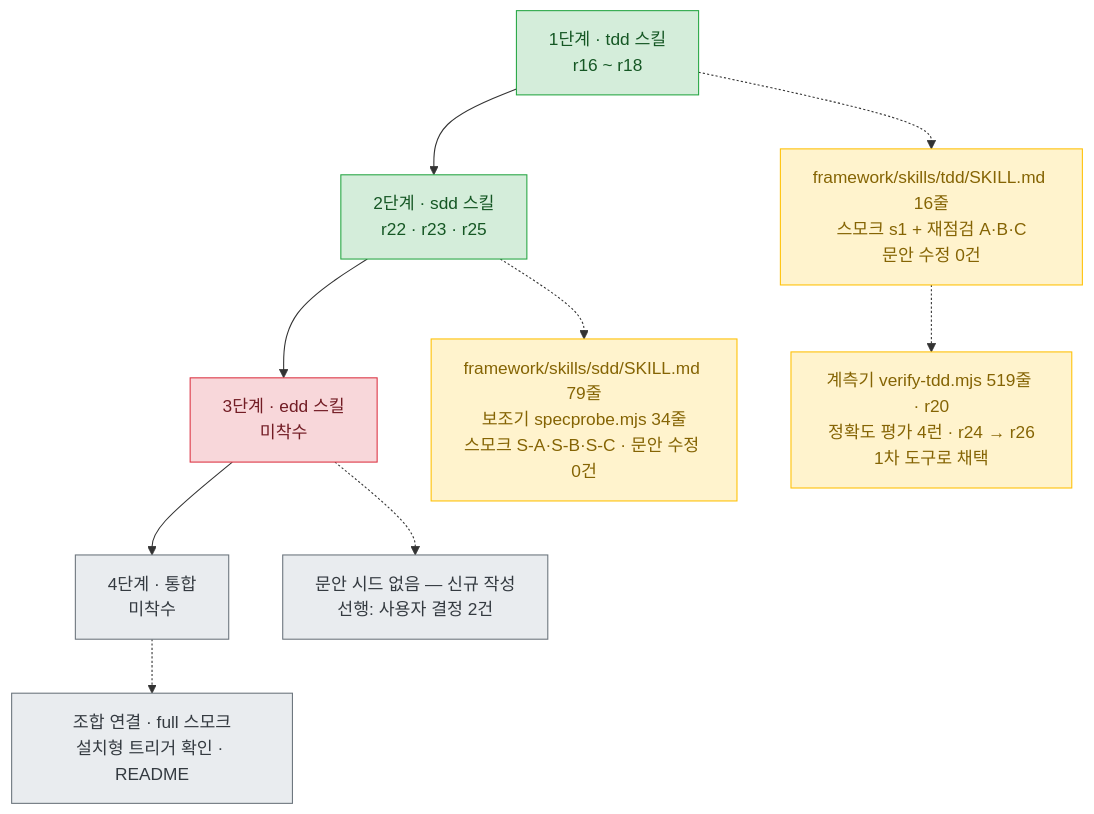
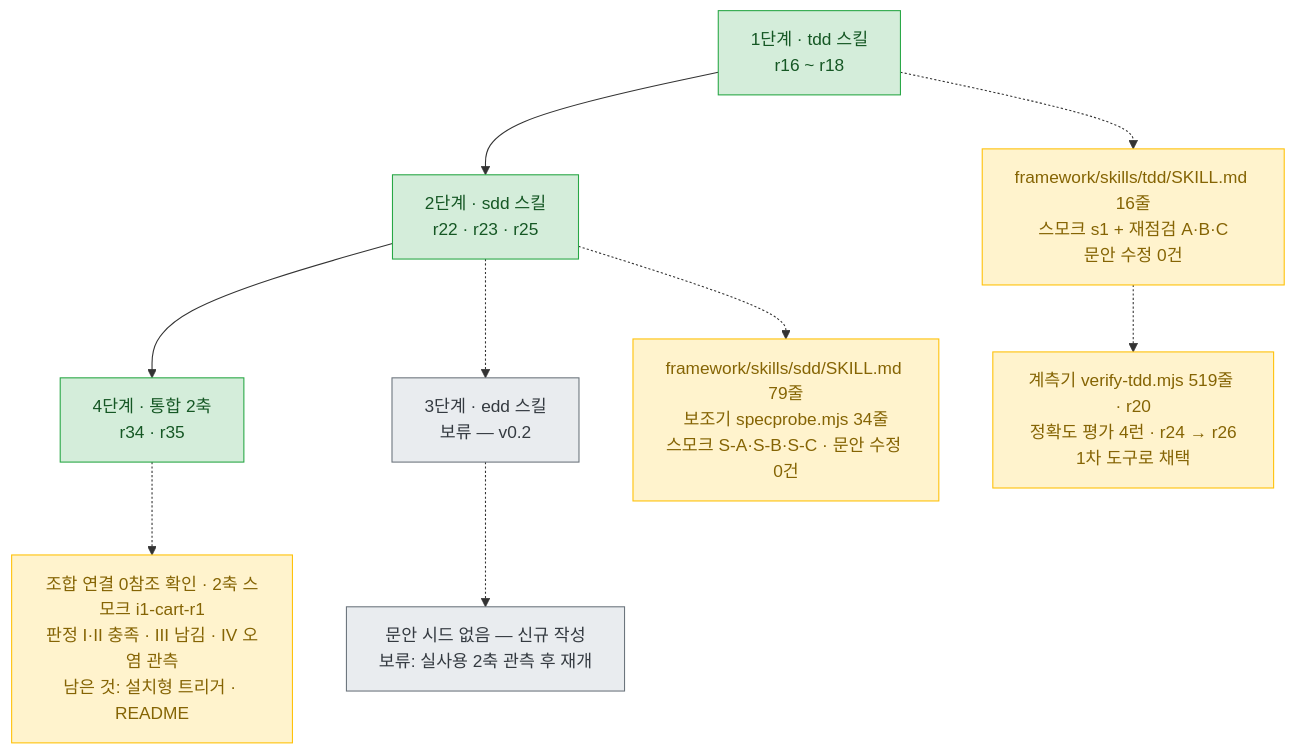
Before and after one commit to h102-log/vibe-coding-lab: the second of 4 diagrams in docs/STATUS.md, drawn with Mermaid. The commit also changed other lines of this file and 18 other files, not shown here.

````diff
--- a/docs/STATUS.md
+++ b/docs/STATUS.md
@@ -80,22 +80,21 @@
 ```mermaid
 flowchart TD
   A["1단계 · tdd 스킬<br/>r16 ~ r18"] --> B["2단계 · sdd 스킬<br/>r22 · r23 · r25"]
-  B --> C["3단계 · edd 스킬<br/>미착수"]
-  C --> D["4단계 · 통합<br/>미착수"]
+  B --> D["4단계 · 통합 2축<br/>r34 · r35"]
+  B -.-> C["3단계 · edd 스킬<br/>보류 — v0.2"]
 
   A -.-> A1["framework/skills/tdd/SKILL.md 16줄<br/>스모크 s1 + 재점검 A·B·C<br/>문안 수정 0건"]
   A1 -.-> A2["계측기 verify-tdd.mjs 519줄 · r20<br/>정확도 평가 4런 · r24 → r26<br/>1차 도구로 채택"]
   B -.-> B1["framework/skills/sdd/SKILL.md 79줄<br/>보조기 specprobe.mjs 34줄<br/>스모크 S-A·S-B·S-C · 문안 수정 0건"]
-  C -.-> C1["문안 시드 없음 — 신규 작성<br/>선행: 사용자 결정 2건"]
-  D -.-> D1["조합 연결 · full 스모크<br/>설치형 트리거 확인 · README"]
+  C -.-> C1["문안 시드 없음 — 신규 작성<br/>보류: 실사용 2축 관측 후 재개"]
+  D -.-> D1["조합 연결 0참조 확인 · 2축 스모크 i1-cart-r1<br/>판정 I·II 충족 · III 남김 · IV 오염 관측<br/>남은 것: 설치형 트리거 · README"]
 
   classDef done fill:#d4edda,stroke:#28a745,color:#155724
   classDef blocked fill:#f8d7da,stroke:#dc3545,color:#721c24
   classDef wait fill:#e9ecef,stroke:#6c757d,color:#343a40
   classDef note fill:#fff3cd,stroke:#ffc107,color:#856404
-  class A,B done
-  class C blocked
-  class D wait
-  class A1,A2,B1 note
-  class C1,D1 wait
+  class A,B,D done
+  class C wait
+  class A1,A2,B1,D1 note
+  class C1 wait
 ```
````
